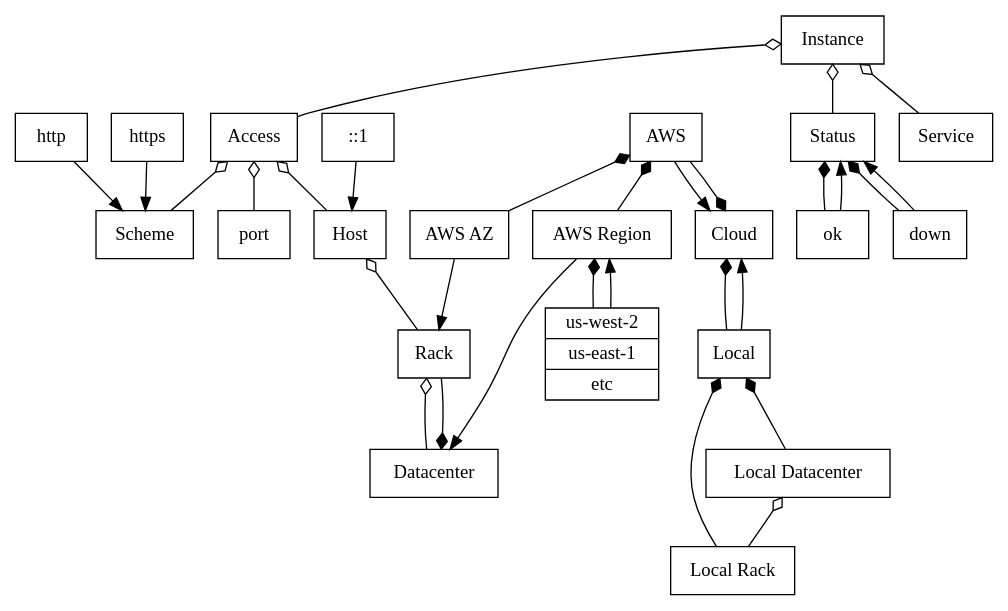
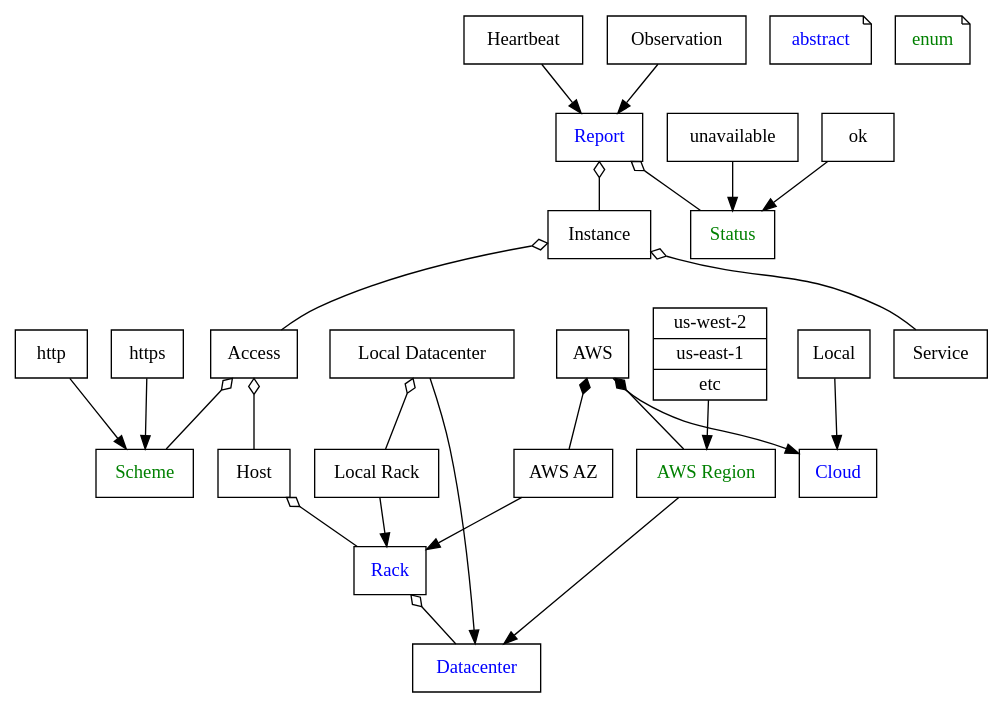
One commit to kendra-pdx/akka-service-discovery changed the diagram in akka-service-discovery-core/src/doc/model.dot. Above: the diagram before and after it, drawn with Graphviz. The commit also changed 17 other files, not shown here.

```diff
--- a/akka-service-discovery-core/src/doc/model.dot
+++ b/akka-service-discovery-core/src/doc/model.dot
@@ -1,85 +1,81 @@
 digraph model {
     node [ shape="record" ]
 
-    scheme [ label="Scheme" ]
+    scheme [ label="Scheme", fontcolor="green" ]
     http
     https
 
-    port
-
-    status [ label="Status" ]
+    status [ label="Status", fontcolor="green" ]
     ok
-    down
+    unavailable
 
     access [ label="Access" ]
     service [ label="Service"]
     instance [ label="Instance" ]
+
+    report [ label="Report", fontcolor="blue" ]
+    heartbeat [ label="Heartbeat" ]
+    observation [ label="Observation" ]
+
     host [ label="Host" ]
-    localhost [ label="::1" ]
 
-    cloud [ label="Cloud" ]
-    datacenter [ label="Datacenter" ]
-    rack [ label = "Rack" ]
+    cloud [ label="Cloud", fontcolor="blue" ]
+    datacenter [ label="Datacenter", fontcolor="blue" ]
+    rack [ label = "Rack", fontcolor="blue" ]
 
     aws [ label = "AWS" ]
-    region [ label = "AWS Region" ]
+    region [ label = "AWS Region", fontcolor="green" ]
     az [ label = "AWS AZ" ]
 
     regions [ label = "{us-west-2|us-east-1|etc}" ]
 
     local [ label = "Local" ]
     localDatacenter [ label = "Local Datacenter" ]
     localRack [ label="Local Rack" ]
 
     subgraph isA {
         edge [arrowhead="normal"]
-        localhost -> host
         aws -> cloud
         region -> datacenter
         az -> rack
 
         http -> scheme
         https -> scheme
 
         regions -> region
 
         local -> cloud
 
-        {ok, down} -> status
+        {ok, unavailable} -> status
+
+        {heartbeat, observation} -> report
+
+        localDatacenter -> datacenter
+        localRack -> rack
     }
 
     subgraph hasA {
         edge [dir=back,arrowtail=odiamond]
 
         rack -> datacenter
         host -> rack
 
-        instance -> service
-        instance -> access
-        instance -> status
-
-        access -> scheme
-        access -> host
-        access -> port
+        instance -> { service, access }
+        report -> { instance, status }
+        access -> { scheme, host }
 
         localDatacenter -> localRack
     }
 
     subgraph owns {
         edge [dir=back,arrowtail=diamond]
-        datacenter -> rack
 
-        cloud -> aws
-        cloud -> local
+        aws -> { region, az }
+    }
 
-        local -> localDatacenter
-        local -> localRack
-
-        aws -> region
-        aws -> az
-
-        region -> regions
-
-        status -> {ok, down}
+    subgraph legend {
+        node [ shape="note" ]
+        abstract [ fontcolor="blue" ]
+        enum [ fontcolor="green" ]
     }
 }
```
